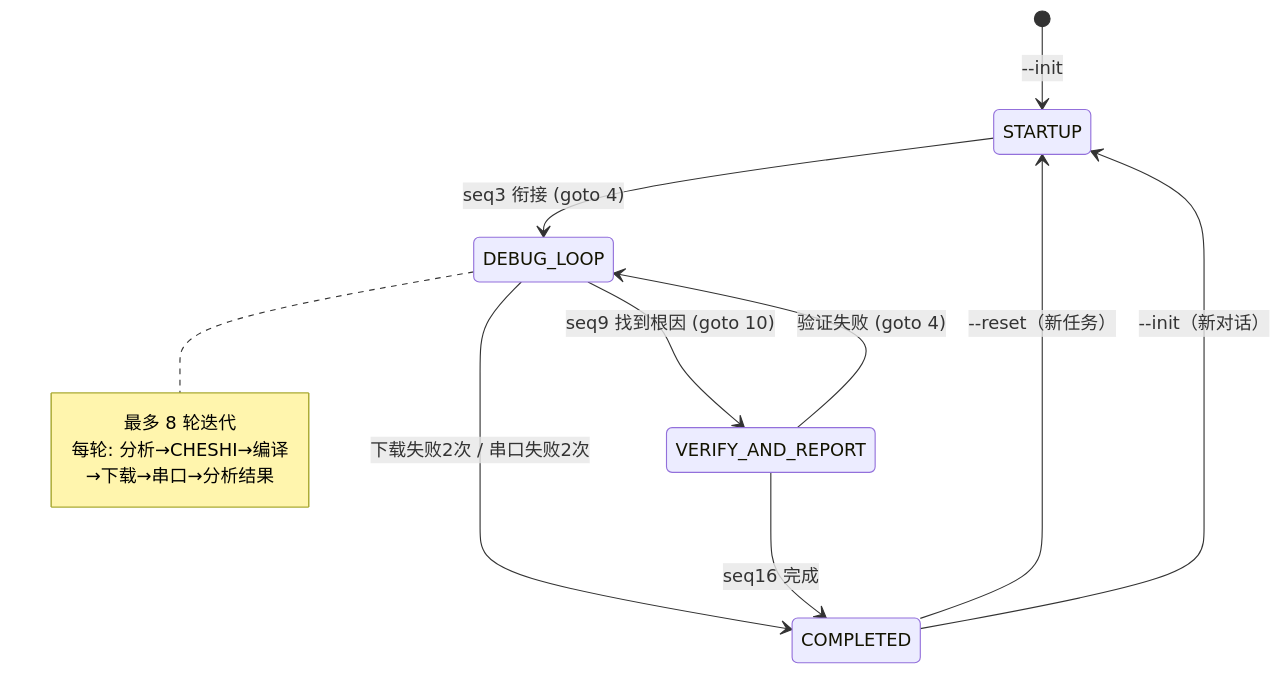
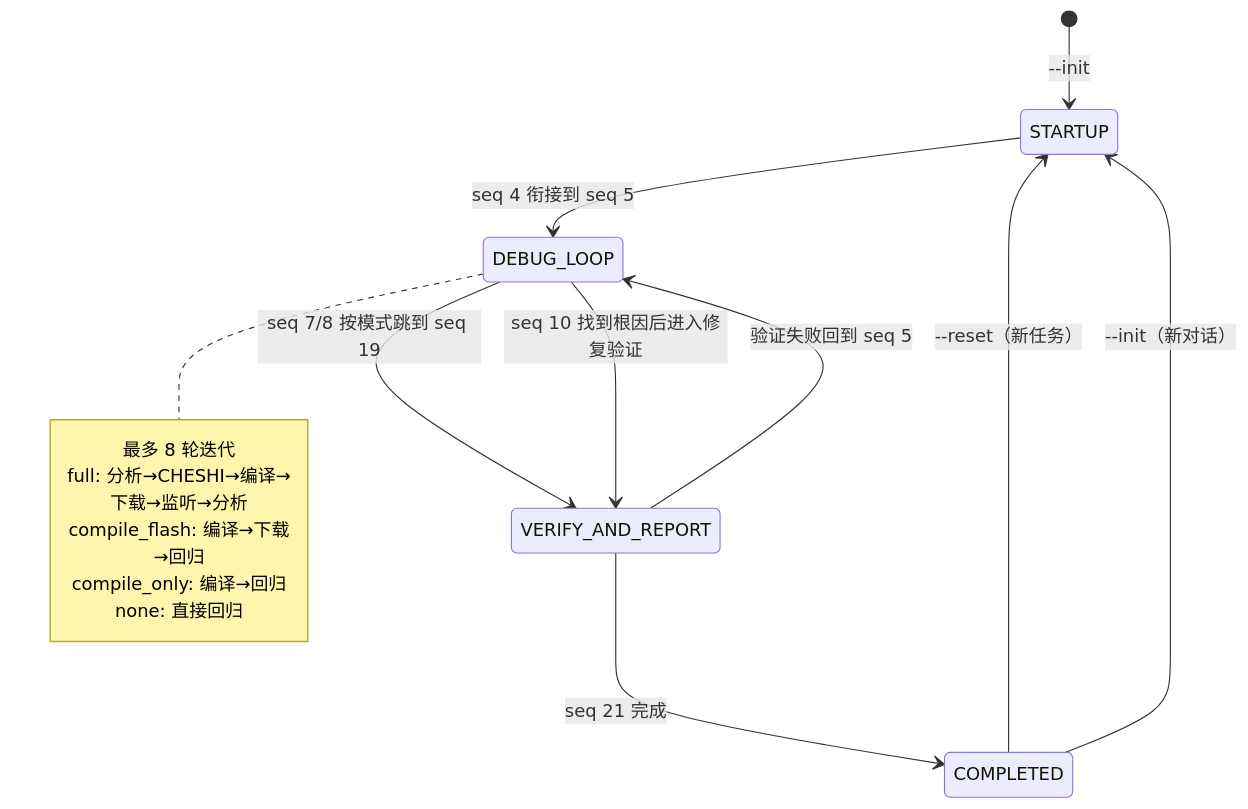
One commit to kzl31/embedded-debug-workflow changed the third of 3 diagrams in embedded-debug-workflow/refs/workflow-diagram.md. Above: the diagram before and after it, drawn with Mermaid. The commit also changed other lines of this file and 6 other files, not shown here.

Commit message:
feat(flow): 增加逐项目四种执行模式

````diff
--- a/embedded-debug-workflow/refs/workflow-diagram.md
+++ b/embedded-debug-workflow/refs/workflow-diagram.md
@@ -127,17 +67,20 @@
 ```mermaid
 stateDiagram-v2
     [*] --> STARTUP: --init
-    STARTUP --> DEBUG_LOOP: seq3 衔接 (goto 4)
-    DEBUG_LOOP --> VERIFY_AND_REPORT: seq9 找到根因 (goto 10)
-    DEBUG_LOOP --> COMPLETED: 下载失败2次 / 串口失败2次
-    VERIFY_AND_REPORT --> DEBUG_LOOP: 验证失败 (goto 4)
-    VERIFY_AND_REPORT --> COMPLETED: seq16 完成
+    STARTUP --> DEBUG_LOOP: seq 4 衔接到 seq 5
+    DEBUG_LOOP --> VERIFY_AND_REPORT: seq 7/8 按模式跳到 seq 19
+    DEBUG_LOOP --> VERIFY_AND_REPORT: seq 10 找到根因后进入修复验证
+    VERIFY_AND_REPORT --> DEBUG_LOOP: 验证失败回到 seq 5
+    VERIFY_AND_REPORT --> COMPLETED: seq 21 完成
 
     COMPLETED --> STARTUP: --reset（新任务）
     COMPLETED --> STARTUP: --init（新对话）
 
     note right of DEBUG_LOOP
         最多 8 轮迭代
-        每轮: 分析→CHESHI→编译→下载→串口→分析结果
+        full: 分析→CHESHI→编译→下载→监听→分析
+        compile_flash: 编译→下载→回归
+        compile_only: 编译→回归
+        none: 直接回归
     end note
 ```
````
